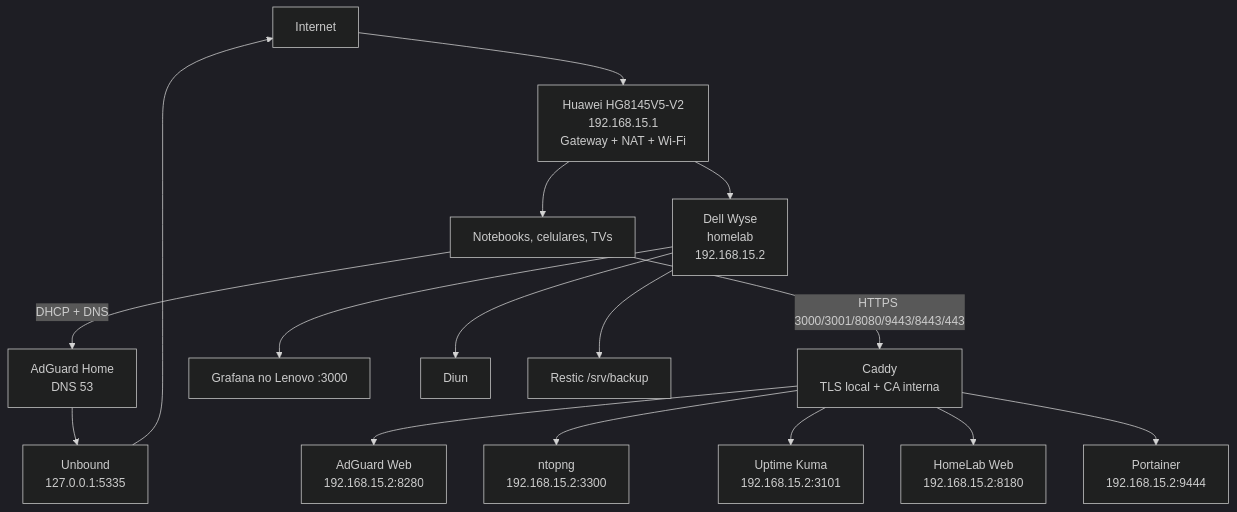
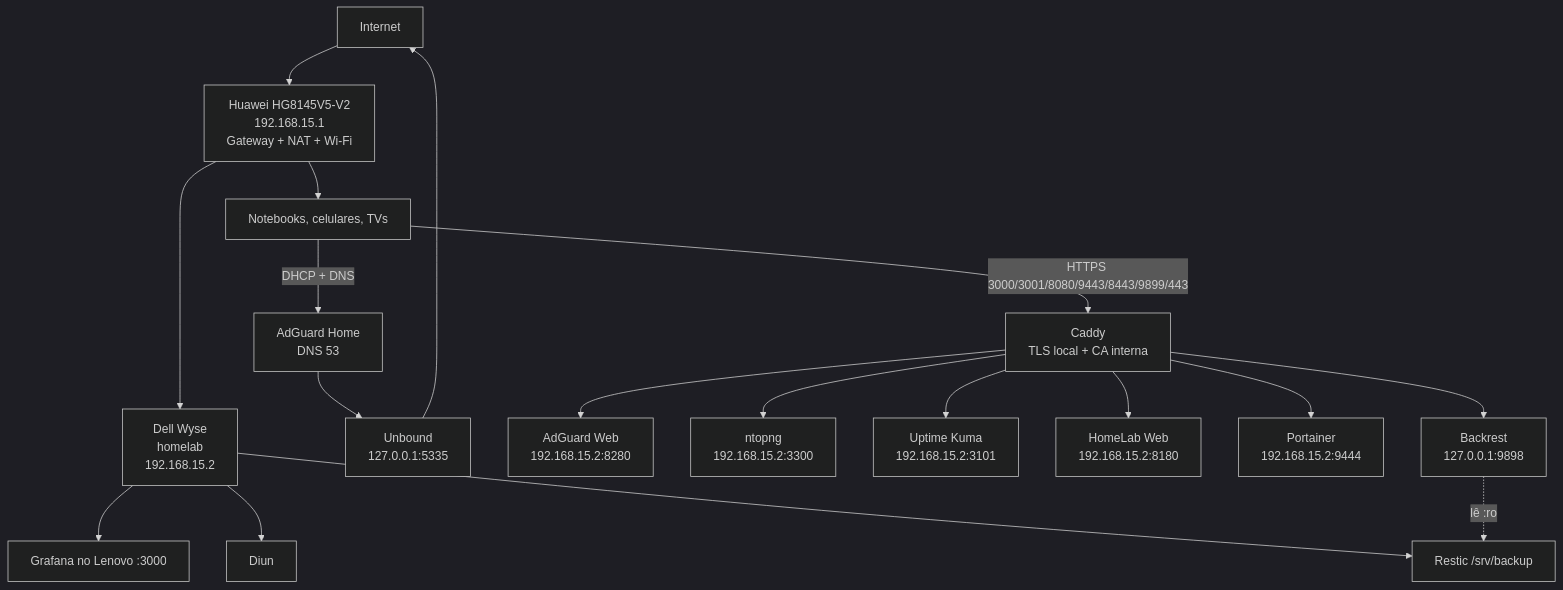
Before and after one commit to leonardodebs/homelab-infrastructure-server: the diagram in README.md, drawn with Mermaid (dark theme). The commit also changed other lines of this file and 6 other files, not shown here.

First line of the commit message:
feat(backrest): adiciona visualizador web do Restic atras do Caddy

````diff
--- a/README.md
+++ b/README.md
@@ -58,18 +59,20 @@
 ```mermaid
 flowchart TD
     Internet --> Huawei[Huawei HG8145V5-V2\n192.168.15.1\nGateway + NAT + Wi-Fi]
     Huawei --> Wyse[Dell Wyse\nhomelab\n192.168.15.2]
     Huawei --> Clientes[Notebooks, celulares, TVs]
     Clientes -->|DHCP + DNS| AGH[AdGuard Home\nDNS 53]
     AGH --> Unbound[Unbound\n127.0.0.1:5335]
     Unbound --> Internet
-    Clientes -->|HTTPS 3000/3001/8080/9443/8443/443| Caddy[Caddy\nTLS local + CA interna]
+    Clientes -->|HTTPS 3000/3001/8080/9443/8443/9899/443| Caddy[Caddy\nTLS local + CA interna]
     Caddy --> AGH2[AdGuard Web\n192.168.15.2:8280]
     Caddy --> Ntop[ntopng\n192.168.15.2:3300]
     Caddy --> Kuma[Uptime Kuma\n192.168.15.2:3101]
     Caddy --> Portal[HomeLab Web\n192.168.15.2:8180]
     Caddy --> Portainer[Portainer\n192.168.15.2:9444]
+    Caddy --> Backrest[Backrest\n127.0.0.1:9898]
     Wyse --> Grafana[Grafana no Lenovo :3000]
     Wyse --> Diun[Diun]
     Wyse --> Backup[Restic /srv/backup]
+    Backrest -. lê :ro .-> Backup
 ```
````
